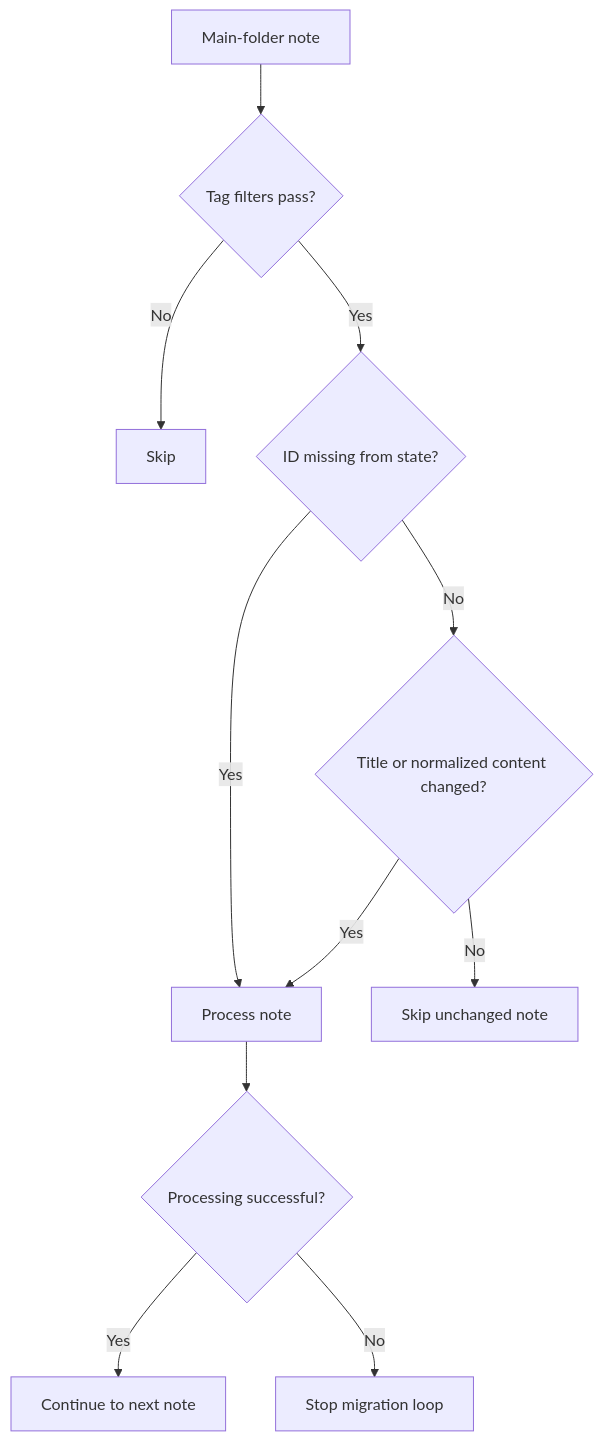
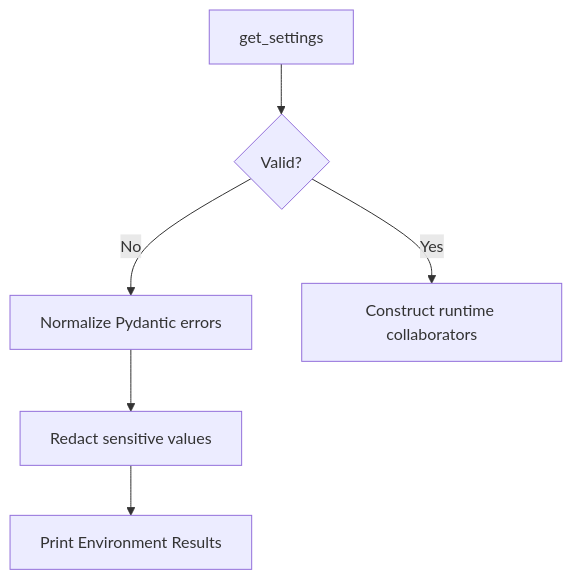
The fourth of 4 diagrams in docs/workflow.md (NikaMalakmadze/Obsidian2Anki), drawn with Mermaid before and after one commit. The commit also changed other lines of this file and 6 other files, not shown here.

````diff
--- a/docs/workflow.md
+++ b/docs/workflow.md
@@ -399,13 +453,8 @@
 ```mermaid
 flowchart TD
-    A[Main-folder note] --> B{Tag filters pass?}
-    B -- No --> C[Skip]
-    B -- Yes --> D{ID missing from state?}
-    D -- Yes --> G[Process note]
-    D -- No --> E{Title or normalized content changed?}
-    E -- No --> F[Skip unchanged note]
-    E -- Yes --> G
-    G --> H{Processing successful?}
-    H -- Yes --> I[Continue to next note]
-    H -- No --> J[Stop migration loop]
+    A[get_settings] --> B{Valid?}
+    B -- No --> C[Normalize Pydantic errors]
+    C --> D[Redact sensitive values]
+    D --> E[Print Environment Results]
+    B -- Yes --> F[Construct runtime collaborators]
 ```
````
